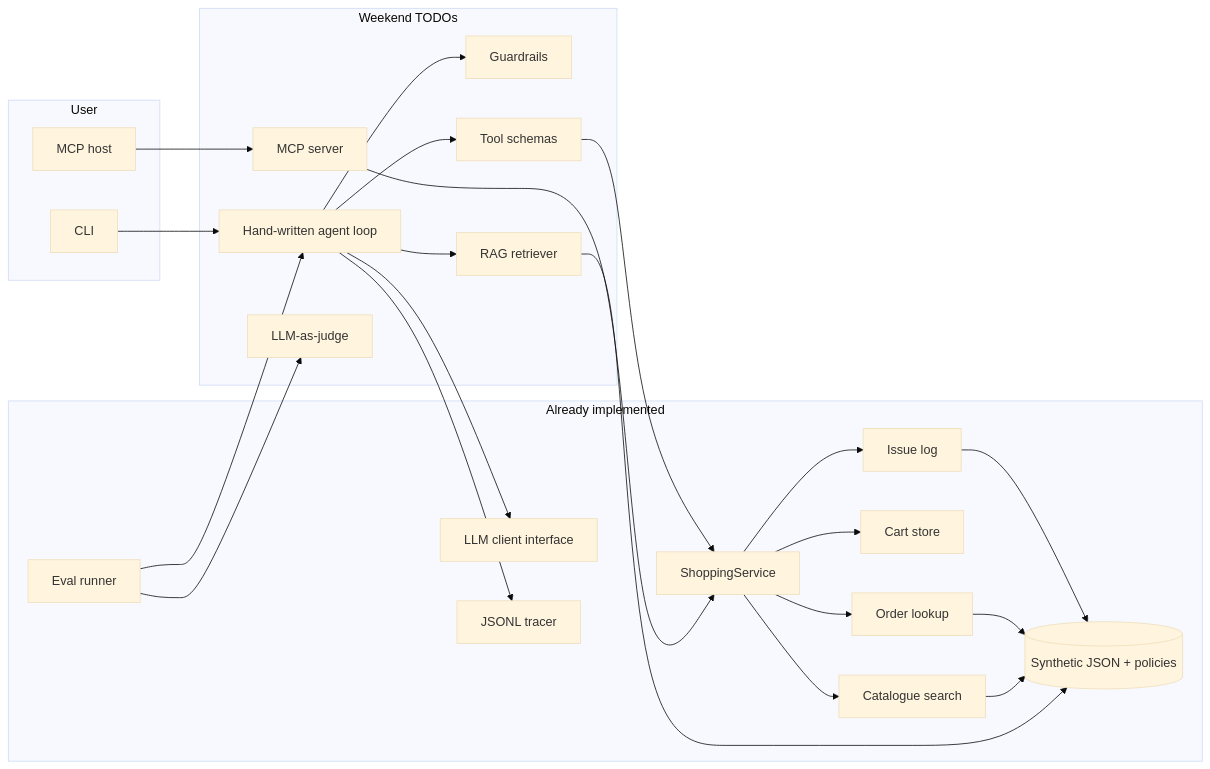
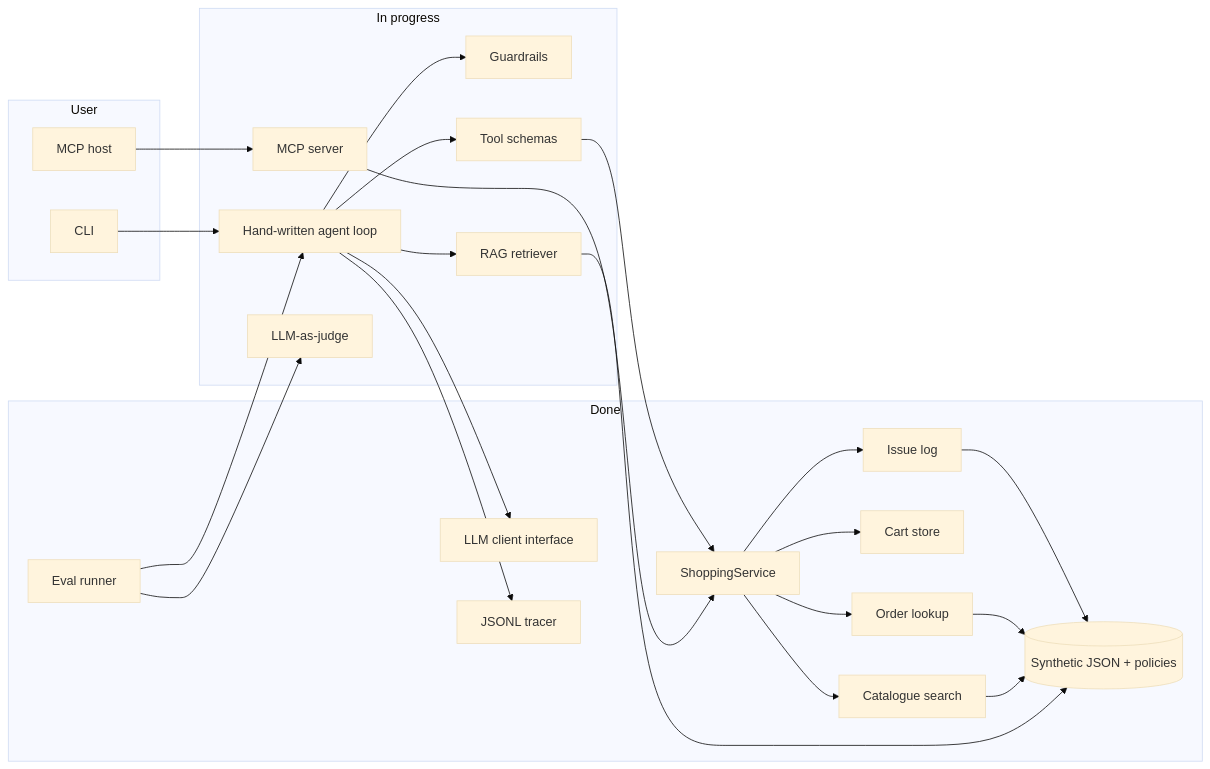
Before and after one commit to JackLin07/harbour-basket-agent: the diagram in README.md, drawn with Mermaid (base theme). The commit also changed other lines of this file and 27 other files, not shown here.

````diff
--- a/README.md
+++ b/README.md
@@ -82,45 +94,45 @@
 ```mermaid
 flowchart LR
     subgraph input [User]
         CLI[CLI]
         Host[MCP host]
     end
 
-    subgraph agent [Weekend TODOs]
+    subgraph agent [In progress]
         Loop[Hand-written agent loop]
         Guard[Guardrails]
         Tools[Tool schemas]
         RAG[RAG retriever]
         MCP[MCP server]
         Judge[LLM-as-judge]
     end
 
-    subgraph ready [Already implemented]
+    subgraph ready [Done]
         LLM[LLM client interface]
         Svc[ShoppingService]
         Cat[Catalogue search]
         Cart[Cart store]
         Ord[Order lookup]
         Iss[Issue log]
         Data[(Synthetic JSON + policies)]
         Eval[Eval runner]
         Trace[JSONL tracer]
     end
 
     CLI --> Loop
     Host --> MCP
     MCP --> Svc
     Loop --> Guard
     Loop --> LLM
     Loop --> Tools
     Loop --> RAG
     Loop --> Trace
     Tools --> Svc
     RAG --> Data
     Svc --> Cat --> Data
     Svc --> Cart
     Svc --> Ord --> Data
     Svc --> Iss --> Data
     Eval --> Loop
     Eval --> Judge
 ```
````
